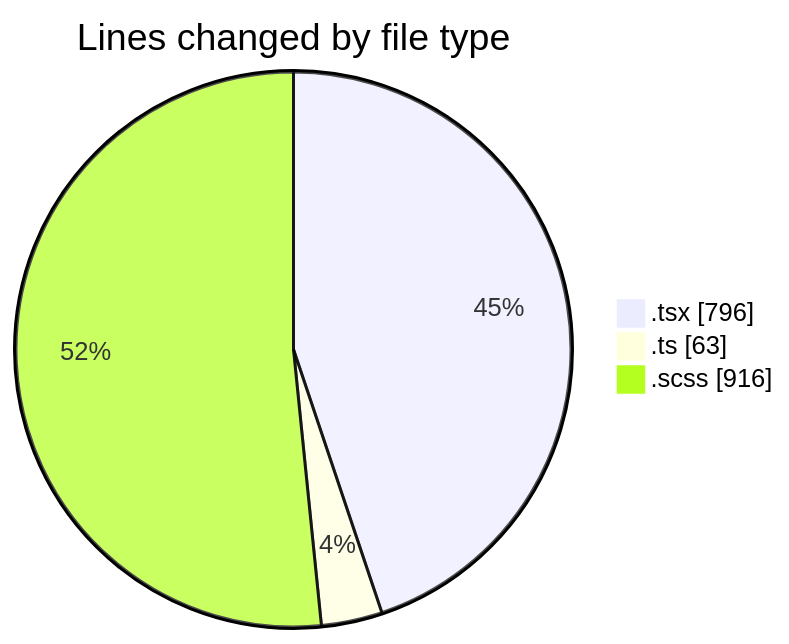
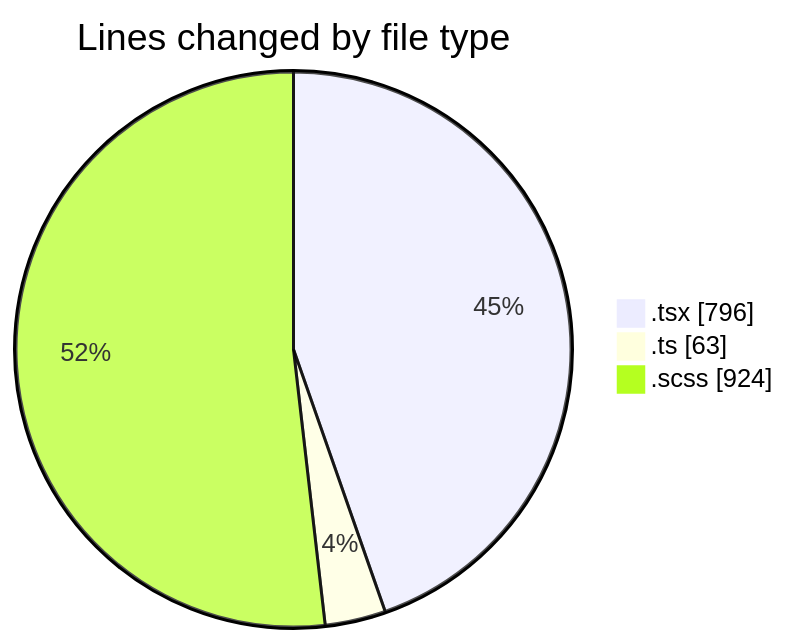
The first of 2 diagrams in 2025-04-02/cda/README.md (momahboobian/code-tracking), drawn with Mermaid before and after one commit. The commit also changed other lines of this file and 1 other file, not shown here.

````diff
--- a/2025-04-02/cda/README.md
+++ b/2025-04-02/cda/README.md
@@ -26,7 +26,7 @@
 ```mermaid
 pie showData
 title Lines changed by file type
 ".tsx" : 796
 ".ts" : 63
-".scss" : 916
+".scss" : 924
 ```
````
